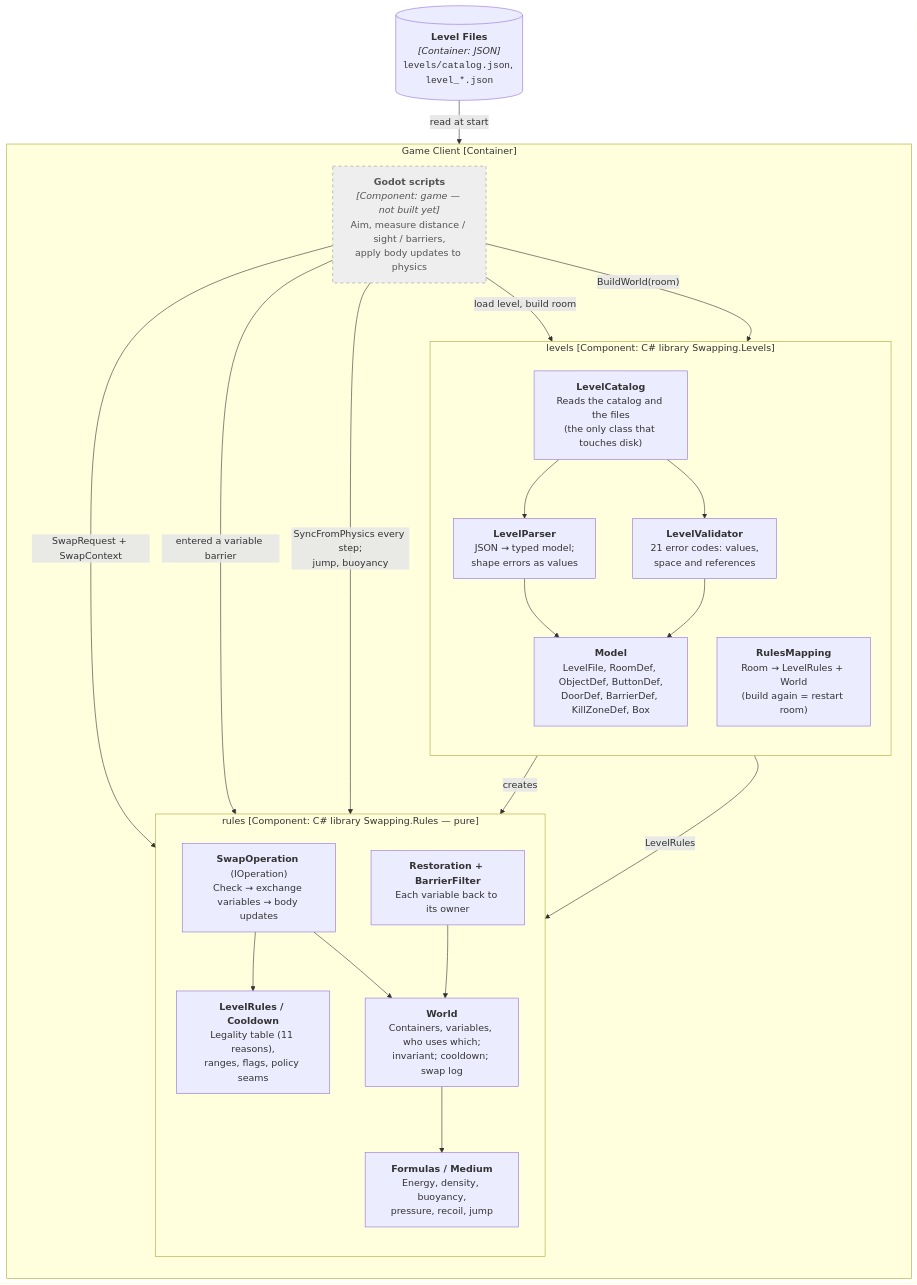
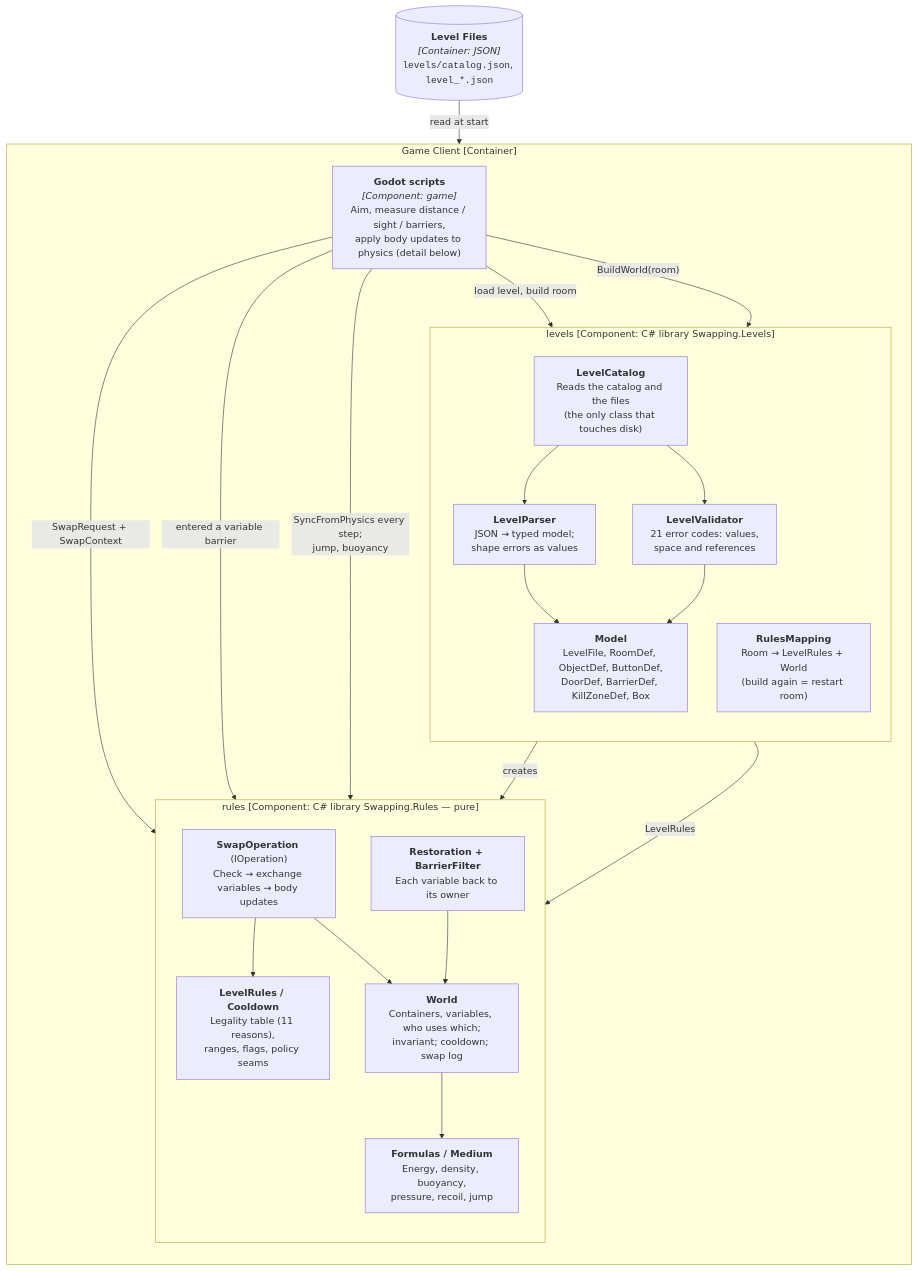
Before and after one commit to AugustoGaipo/ac-engsoft-ia-jogo: the third of 5 diagrams in docs/architecture/C4.md, drawn with Mermaid. The commit also changed other lines of this file and 7 other files, not shown here.

````diff
--- a/docs/architecture/C4.md
+++ b/docs/architecture/C4.md
@@ -120,47 +120,46 @@
 ```mermaid
 flowchart TB
     files[("<b>Level Files</b><br/><i>[Container: JSON]</i><br/><code>levels/catalog.json</code>, <code>level_*.json</code>")]
 
     subgraph client["Game Client [Container]"]
         direction TB
 
-        godot["<b>Godot scripts</b><br/><i>[Component: game — not built yet]</i><br/>Aim, measure distance / sight / barriers,<br/>apply body updates to physics"]
+        godot["<b>Godot scripts</b><br/><i>[Component: game]</i><br/>Aim, measure distance / sight / barriers,<br/>apply body updates to physics (detail below)"]
 
         subgraph levelsLib["levels [Component: C# library Swapping.Levels]"]
             direction TB
             catalog["<b>LevelCatalog</b><br/>Reads the catalog and the files<br/>(the only class that touches disk)"]
             parser["<b>LevelParser</b><br/>JSON → typed model;<br/>shape errors as values"]
             validator["<b>LevelValidator</b><br/>21 error codes: values,<br/>space and references"]
             mapping["<b>RulesMapping</b><br/>Room → LevelRules + World<br/>(build again = restart room)"]
             model["<b>Model</b><br/>LevelFile, RoomDef, ObjectDef, ButtonDef,<br/>DoorDef, BarrierDef, KillZoneDef, Box"]
         end
 
         subgraph rulesLib["rules [Component: C# library Swapping.Rules — pure]"]
             direction TB
             world["<b>World</b><br/>Containers, variables, who uses which;<br/>invariant; cooldown; swap log"]
             swap["<b>SwapOperation</b> (IOperation)<br/>Check → exchange variables → body updates"]
             policies["<b>LevelRules / Cooldown</b><br/>Legality table (11 reasons),<br/>ranges, flags, policy seams"]
             restoration["<b>Restoration + BarrierFilter</b><br/>Each variable back to its owner"]
             formulas["<b>Formulas / Medium</b><br/>Energy, density, buoyancy,<br/>pressure, recoil, jump"]
         end
     end
 
     files -- "read at start" --> catalog
     catalog --> parser --> model
     catalog --> validator
     validator --> model
     godot -- "load level, build room" --> catalog
     godot -- "BuildWorld(room)" --> mapping
     mapping -- "creates" --> world
     mapping -- "LevelRules" --> policies
     godot -- "SwapRequest + SwapContext" --> swap
     swap --> policies
     swap --> world
     godot -- "entered a variable barrier" --> restoration
     restoration --> world
     godot -- "SyncFromPhysics every step;<br/>jump, buoyancy" --> world
     world --> formulas
 
     classDef pending fill:#eee,stroke:#999,stroke-dasharray: 5 5,color:#555
-    class godot pending
 ```
````
